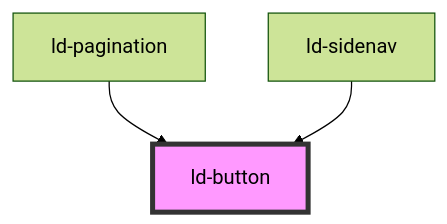
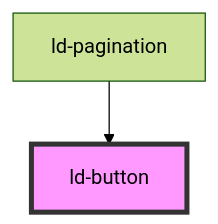
Before and after one commit to emdgroup-liquid/liquid: the diagram in src/liquid/components/ld-button/readme.md, drawn with Mermaid (forest theme). The commit also changed other lines of this file and 7 other files, not shown here.

````diff
--- a/src/liquid/components/ld-button/readme.md
+++ b/src/liquid/components/ld-button/readme.md
@@ -549,6 +548,5 @@
 ```mermaid
 graph TD;
   ld-pagination --> ld-button
-  ld-sidenav --> ld-button
   style ld-button fill:#f9f,stroke:#333,stroke-width:4px
 ```
````
